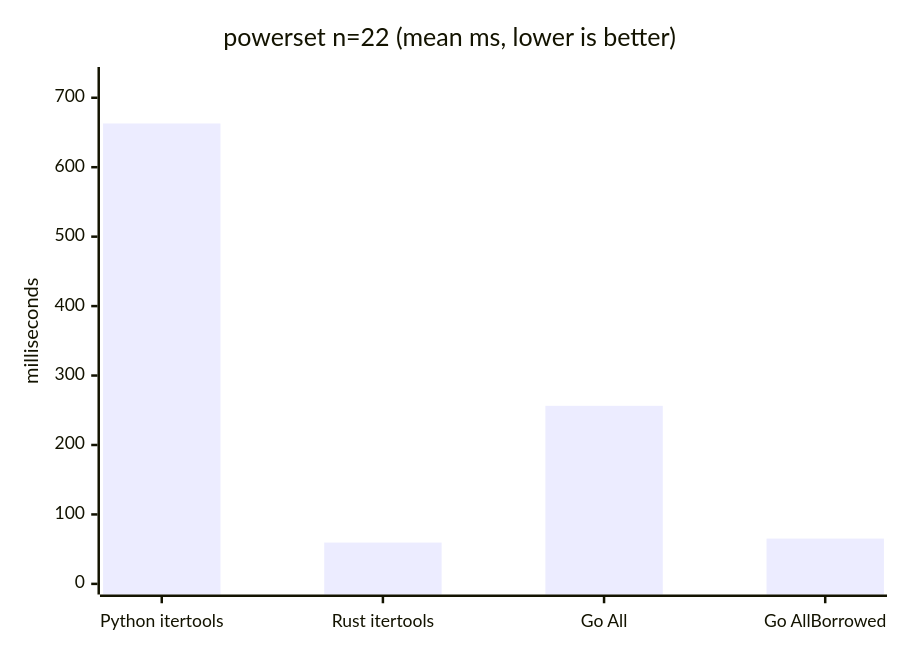
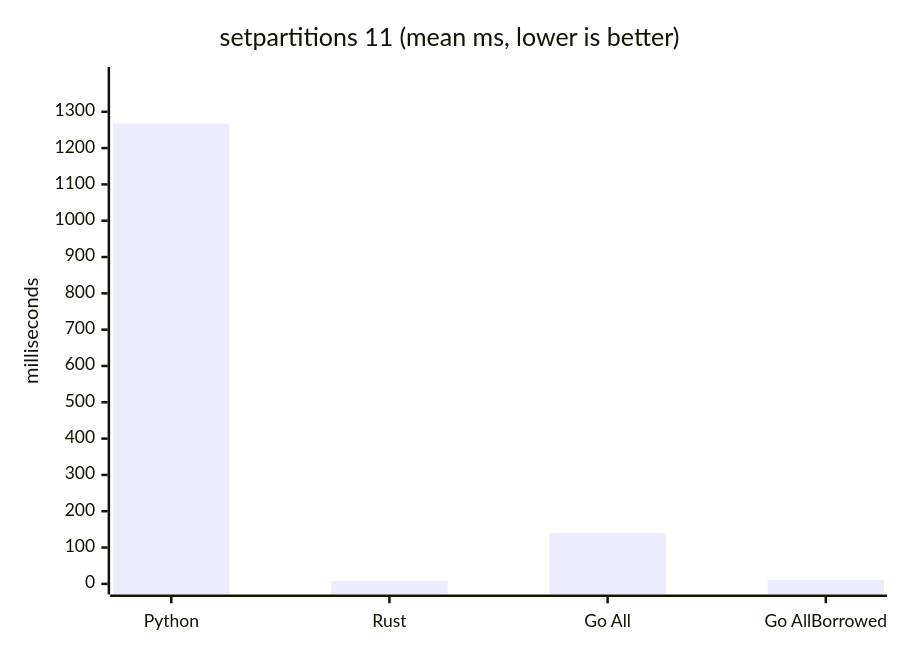
Before and after one commit to natemcintosh/gocombinatorics: the eighth of 8 diagrams in bench/RESULTS.md, drawn with Mermaid. The commit also changed other lines of this file and 4 other files, not shown here.

````diff
--- a/bench/RESULTS.md
+++ b/bench/RESULTS.md
@@ -224,7 +176,7 @@
 ```mermaid
 xychart-beta
-    title "powerset n=22 (mean ms, lower is better)"
-    x-axis ["Python itertools", "Rust itertools", "Go All", "Go AllBorrowed"]
-    y-axis "milliseconds" 0 --> 729
-    bar [663.0, 59.5, 256.4, 65.2]
+    title "setpartitions 11 (mean ms, lower is better)"
+    x-axis ["Python", "Rust", "Go All", "Go AllBorrowed"]
+    y-axis "milliseconds" 0 --> 1394
+    bar [1267.3, 8.2, 140.4, 10.8]
 ```
````
